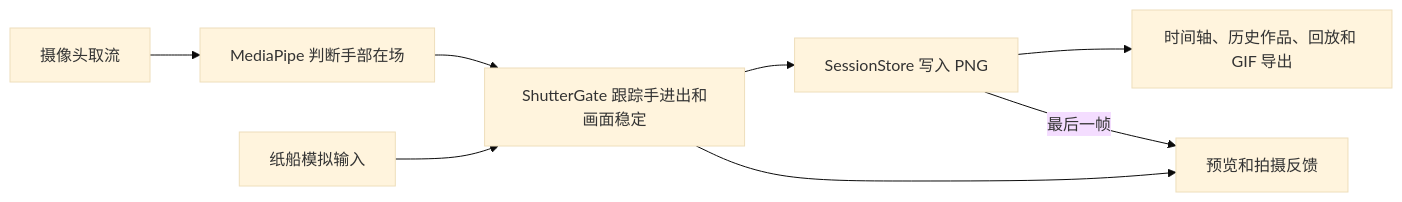
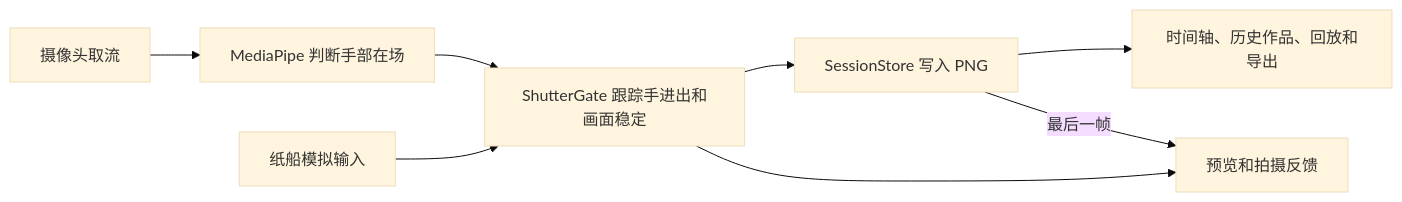
The diagram in docs/课堂验收.md (kesizar/stop-motion-studio), drawn with Mermaid (base theme) before and after one commit. The commit also changed other lines of this file and 6 other files, not shown here.

````diff
--- a/docs/课堂验收.md
+++ b/docs/课堂验收.md
@@ -25,10 +26,10 @@
 ```mermaid
 flowchart LR
     A["摄像头取流"] --> B["MediaPipe 判断手部在场"]
     B --> C["ShutterGate 跟踪手进出和画面稳定"]
     D["纸船模拟输入"] --> C
     C --> E["SessionStore 写入 PNG"]
     C --> F["预览和拍摄反馈"]
-    E --> G["时间轴、历史作品、回放和 GIF 导出"]
+    E --> G["时间轴、历史作品、回放和导出"]
     E -->|最后一帧| F
 ```
````
